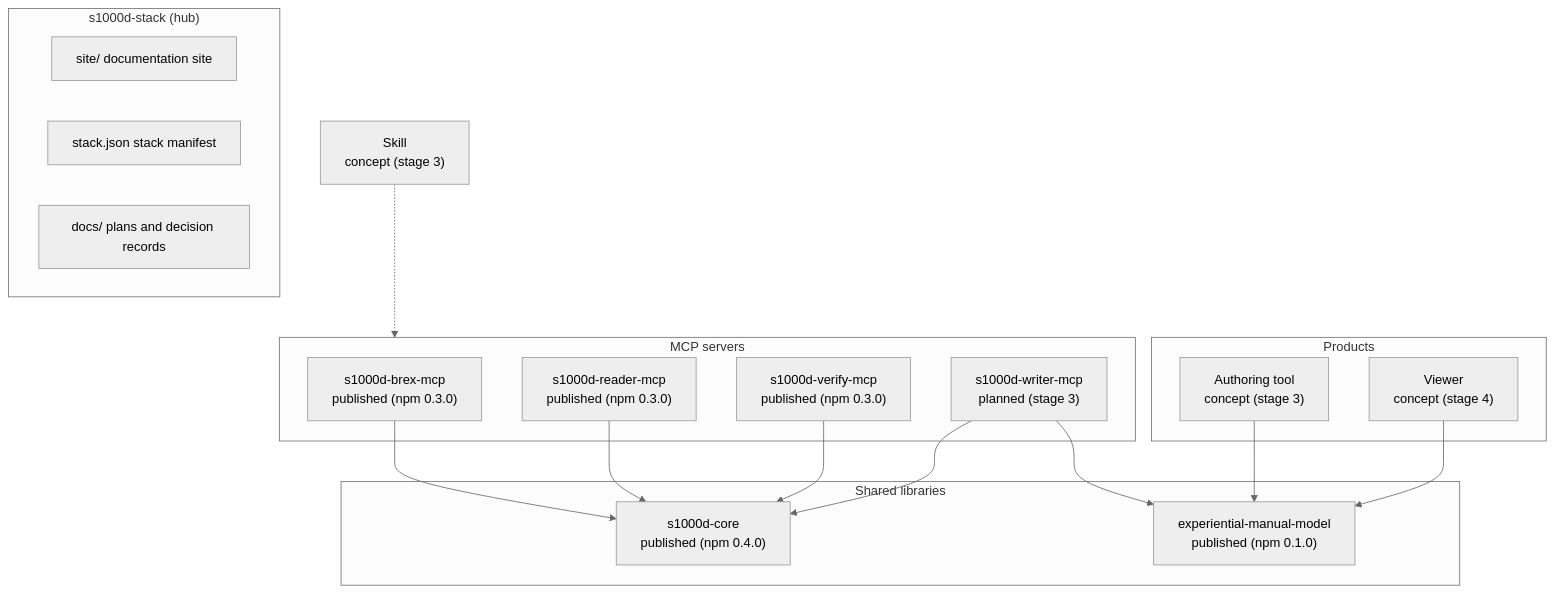
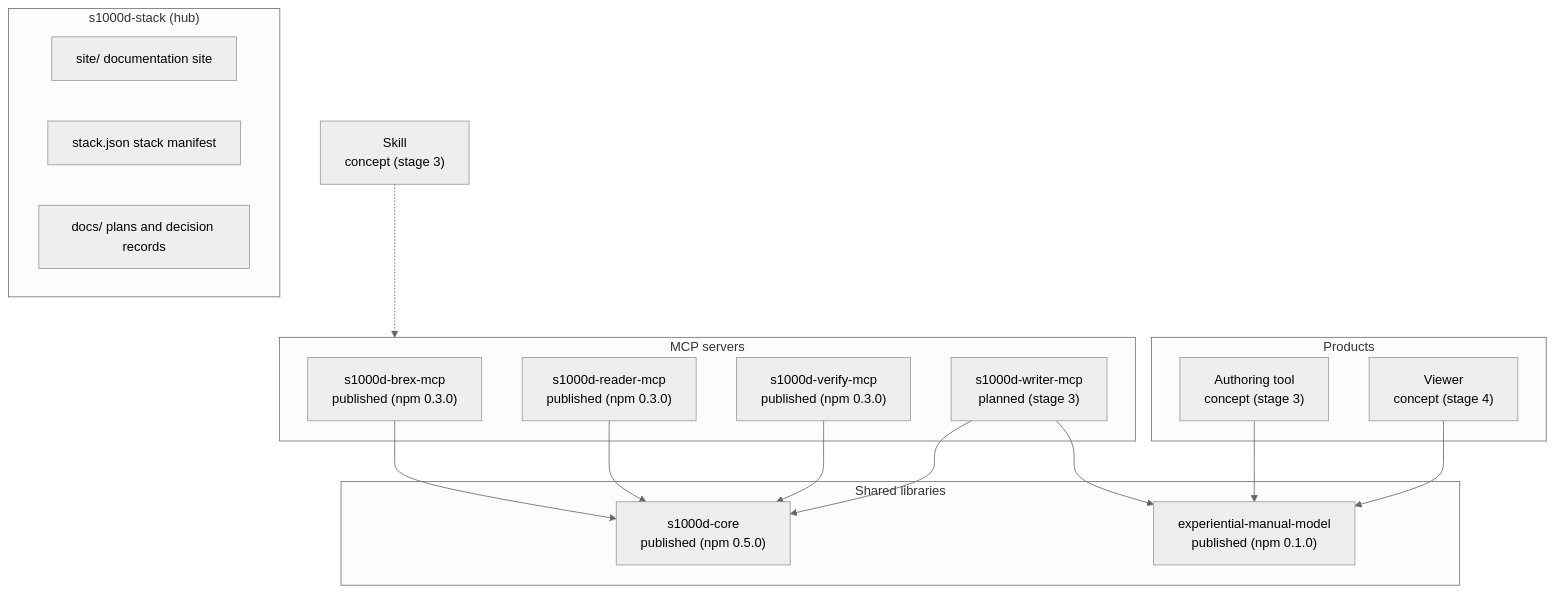
The diagram in site/src/content/docs/guide/architecture.md (shuji-bonji/s1000d-stack), drawn with Mermaid (neutral theme) before and after one commit. The commit also changed other lines of this file and 6 other files, not shown here.

````diff
--- a/site/src/content/docs/guide/architecture.md
+++ b/site/src/content/docs/guide/architecture.md
@@ -10,31 +10,31 @@
 ```mermaid
 flowchart TB
   subgraph Hub["s1000d-stack (hub)"]
     SITE["site/ documentation site"]
     STACK["stack.json stack manifest"]
     DOCS["docs/ plans and decision records"]
   end
   subgraph Lib["Shared libraries"]
-    CORE["s1000d-core<br/>published (npm 0.4.0)"]
+    CORE["s1000d-core<br/>published (npm 0.5.0)"]
     MODEL["experiential-manual-model<br/>published (npm 0.1.0)"]
   end
   subgraph Mcp["MCP servers"]
     BREX["s1000d-brex-mcp<br/>published (npm 0.3.0)"]
     R["s1000d-reader-mcp<br/>published (npm 0.3.0)"]
     V["s1000d-verify-mcp<br/>published (npm 0.3.0)"]
     W["s1000d-writer-mcp<br/>planned (stage 3)"]
   end
   subgraph App["Products"]
     ED["Authoring tool<br/>concept (stage 3)"]
     VW["Viewer<br/>concept (stage 4)"]
   end
   SK["Skill<br/>concept (stage 3)"]
   BREX --> CORE
   R --> CORE
   V --> CORE
   W --> CORE
   W --> MODEL
   ED --> MODEL
   VW --> MODEL
   SK -.-> Mcp
 ```
````
